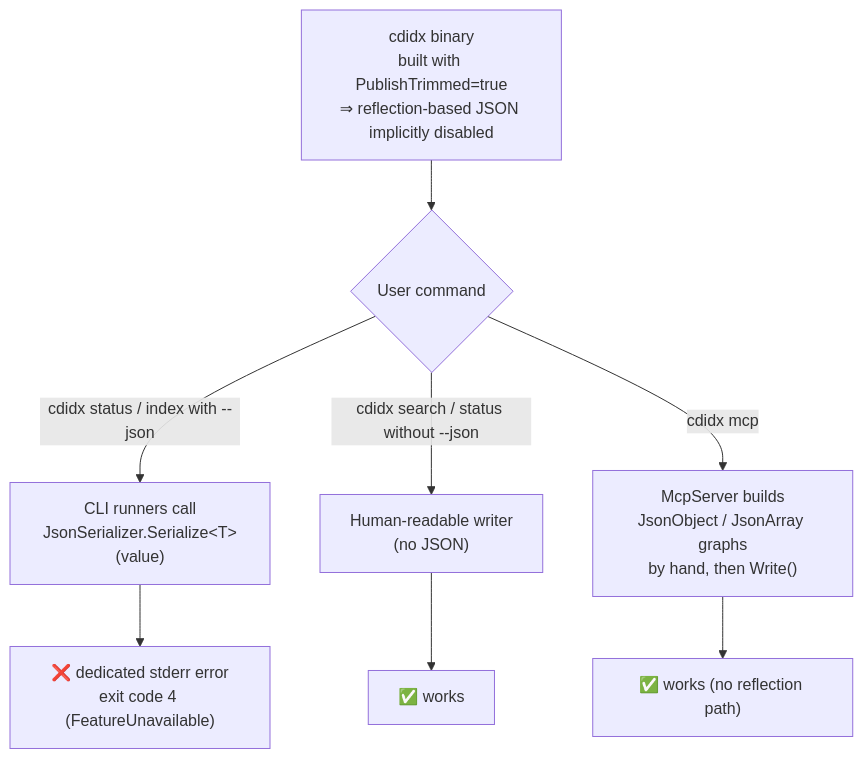
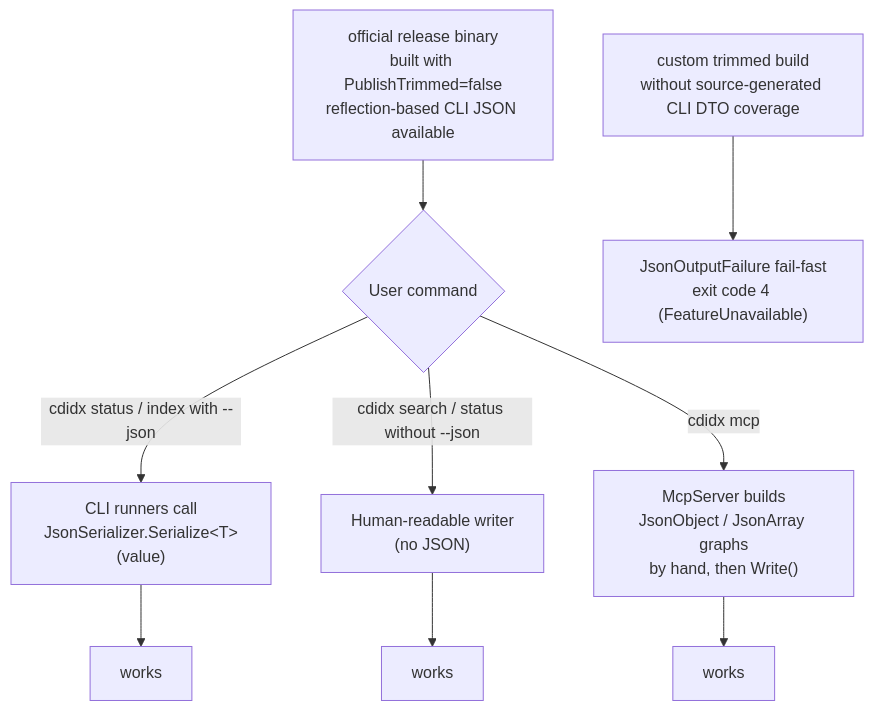
The sixth of 12 diagrams in DEVELOPER_GUIDE.md (braincominity/CodeIndex), drawn with Mermaid before and after one commit. The commit also changed other lines of this file and 5 other files, not shown here.

Commit message:
Support CLI JSON in release binaries

````diff
--- a/DEVELOPER_GUIDE.md
+++ b/DEVELOPER_GUIDE.md
@@ -1135,11 +1136,12 @@
 ```mermaid
 flowchart TD
-    B["cdidx binary<br/>built with PublishTrimmed=true<br/>⇒ reflection-based JSON implicitly disabled"]
+    B["official release binary<br/>built with PublishTrimmed=false<br/>reflection-based CLI JSON available"]
     B --> R{User command}
     R -->|cdidx status / index with --json| A["CLI runners call<br/>JsonSerializer.Serialize&lt;T&gt;(value)"]
     R -->|cdidx search / status without --json| H["Human-readable writer<br/>(no JSON)"]
     R -->|cdidx mcp| M["McpServer builds<br/>JsonObject / JsonArray graphs<br/>by hand, then Write()"]
-    A --> AX["❌ dedicated stderr error<br/>exit code 4 (FeatureUnavailable)"]
-    H --> HX["✅ works"]
-    M --> MX["✅ works (no reflection path)"]
+    A --> AX["works"]
+    H --> HX["works"]
+    M --> MX["works"]
+    T["custom trimmed build<br/>without source-generated CLI DTO coverage"] --> TX["JsonOutputFailure fail-fast<br/>exit code 4 (FeatureUnavailable)"]
 ```
````
